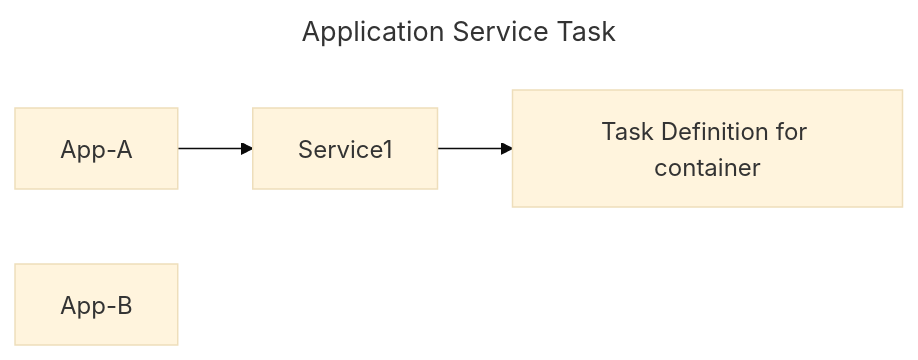
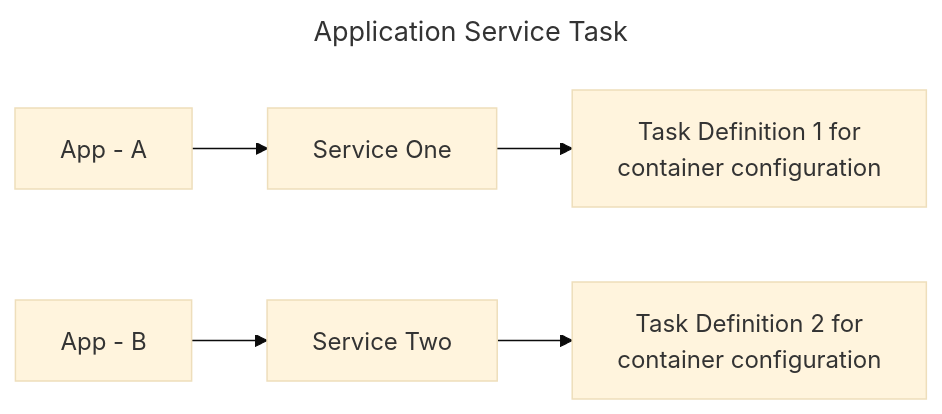
The third of 3 diagrams in README.md (nepalsingh/cloud-training), drawn with Mermaid (base theme) before and after one commit.

Commit message:
Update flowchart

````diff
--- a/README.md
+++ b/README.md
@@ -764,12 +764,15 @@
 ```mermaid
 ---
 title: Application Service Task 
 ---
 flowchart LR
-  app1["App-A"]
-  app2["App-B"]
-  service1[" Service1 "]
-  taskdef1[" Task Definition for container"]
+  app1["App - A"]
+  app2["App - B"]
+  service1[" Service One "]
+  service2[" Service Two "]
+  taskdef1[" Task Definition 1 for <br /> container configuration"]
+  taskdef2[" Task Definition 2 for <br /> container configuration"]
   app1 --> service1 --> taskdef1
+  app2 --> service2 --> taskdef2
 
 ```
````
